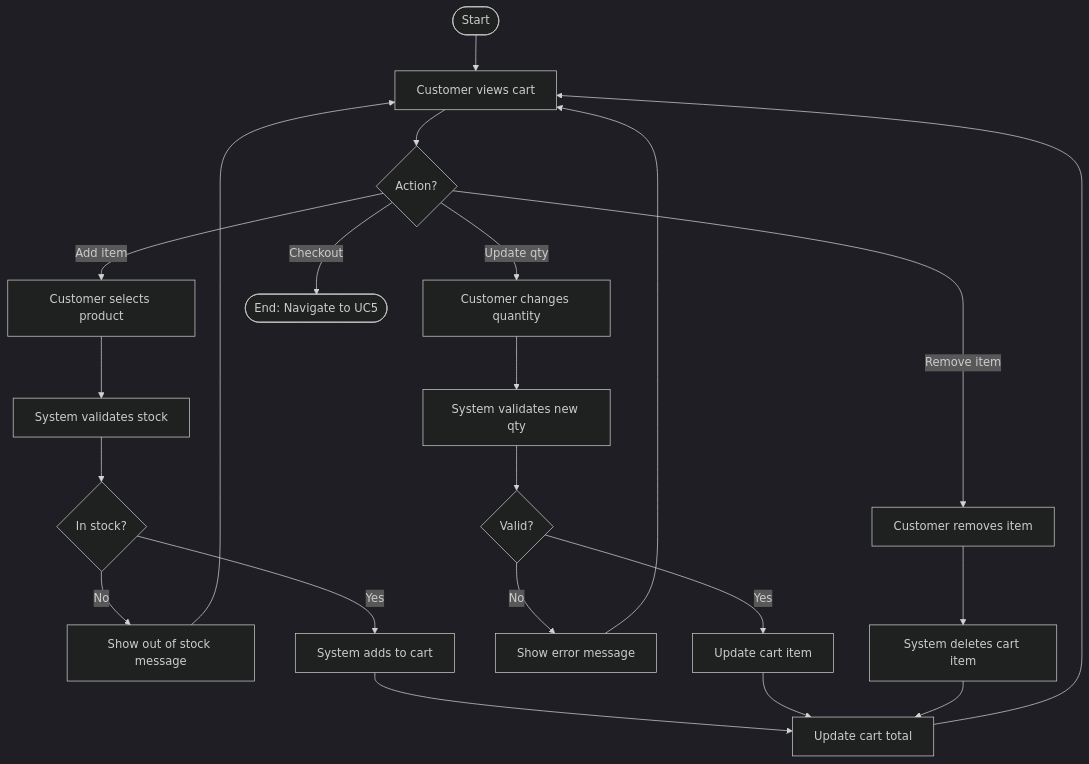
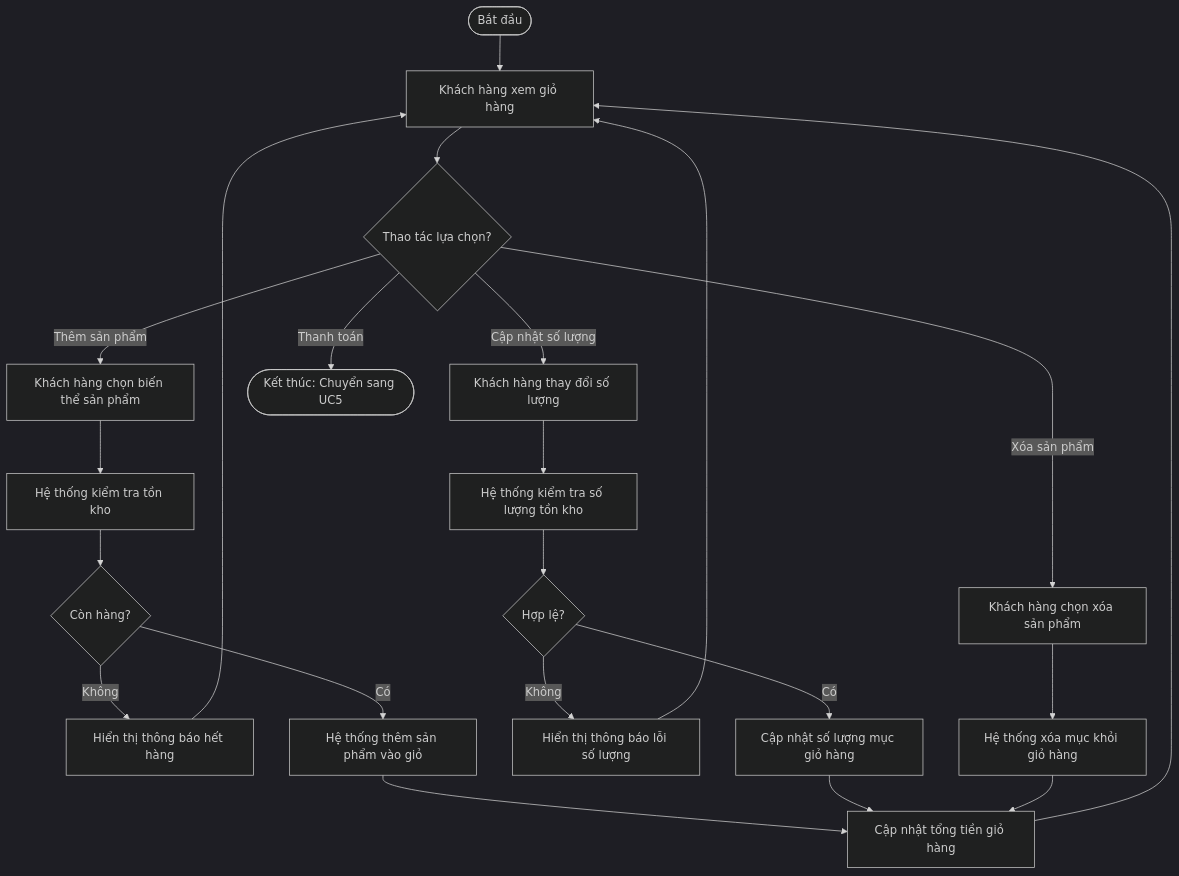
Before and after one commit to DanhTrannn/TLCN: the seventh of 57 diagrams in docs/design-analysis/OOSAD_ANALYSIS.md, drawn with Mermaid (dark theme). The commit also changed other lines of this file, not shown here.

````diff
--- a/docs/design-analysis/OOSAD_ANALYSIS.md
+++ b/docs/design-analysis/OOSAD_ANALYSIS.md
@@ -792,28 +794,28 @@
 ```mermaid
 flowchart TD
-    Start([Start]) --> A[Customer views cart]
-    A --> B{Action?}
+    Start([Bắt đầu]) --> A[Khách hàng xem giỏ hàng]
+    A --> B{Thao tác lựa chọn?}
     
-    B -->|Add item| C[Customer selects product]
-    C --> D[System validates stock]
-    D --> E{In stock?}
-    E -->|No| F[Show out of stock message]
+    B -->|Thêm sản phẩm| C[Khách hàng chọn biến thể sản phẩm]
+    C --> D[Hệ thống kiểm tra tồn kho]
+    D --> E{Còn hàng?}
+    E -->|Không| F[Hiển thị thông báo hết hàng]
     F --> A
-    E -->|Yes| G[System adds to cart]
-    G --> H[Update cart total]
+    E -->|Có| G[Hệ thống thêm sản phẩm vào giỏ]
+    G --> H[Cập nhật tổng tiền giỏ hàng]
     H --> A
     
-    B -->|Update qty| I[Customer changes quantity]
-    I --> J[System validates new qty]
-    J --> K{Valid?}
-    K -->|No| L[Show error message]
+    B -->|Cập nhật số lượng| I[Khách hàng thay đổi số lượng]
+    I --> J[Hệ thống kiểm tra số lượng tồn kho]
+    J --> K{Hợp lệ?}
+    K -->|Không| L[Hiển thị thông báo lỗi số lượng]
     L --> A
-    K -->|Yes| M[Update cart item]
+    K -->|Có| M[Cập nhật số lượng mục giỏ hàng]
     M --> H
     
-    B -->|Remove item| N[Customer removes item]
-    N --> O[System deletes cart item]
+    B -->|Xóa sản phẩm| N[Khách hàng chọn xóa sản phẩm]
+    N --> O[Hệ thống xóa mục khỏi giỏ hàng]
     O --> H
     
-    B -->|Checkout| P([End: Navigate to UC5])
+    B -->|Thanh toán| P([Kết thúc: Chuyển sang UC5])
 ```
````
